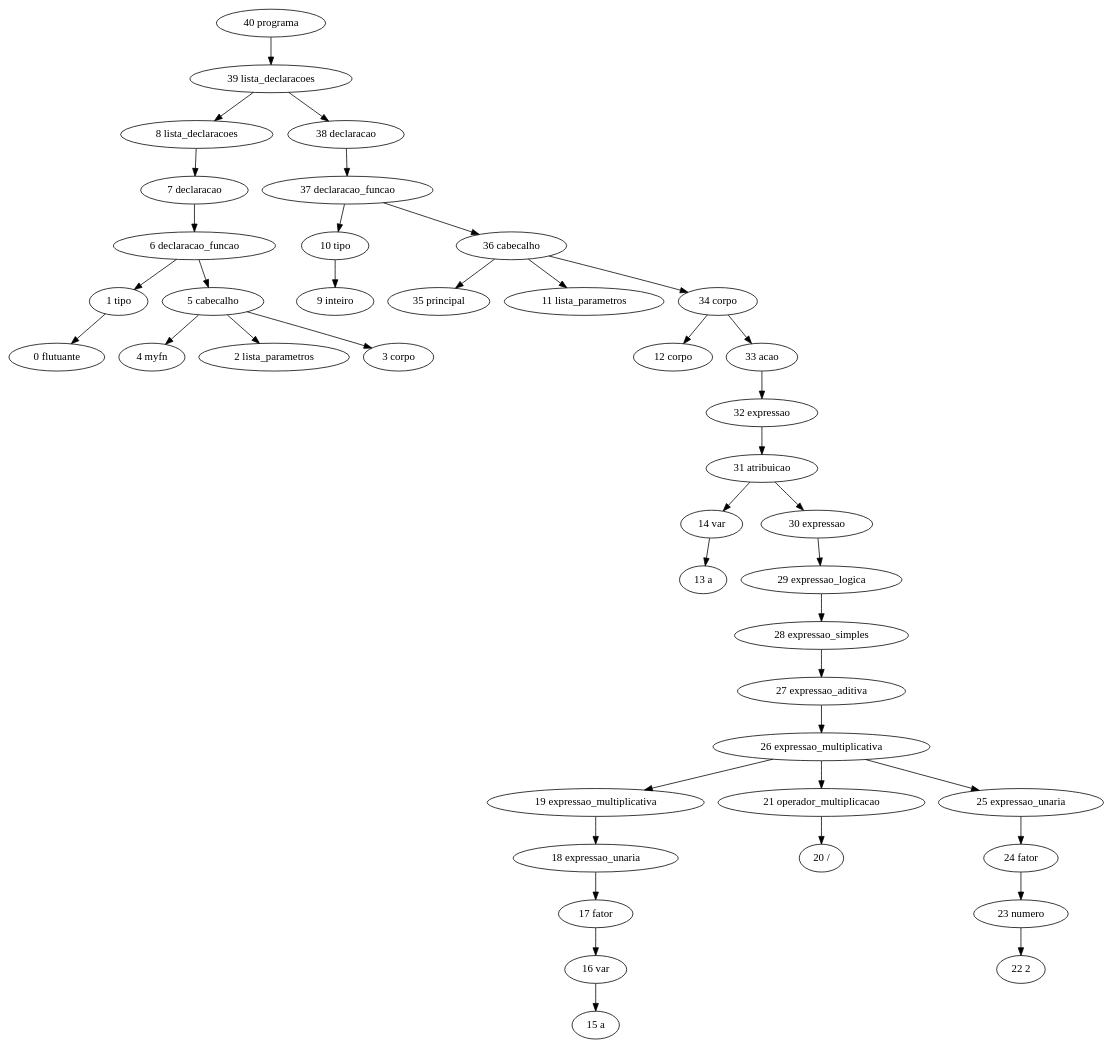
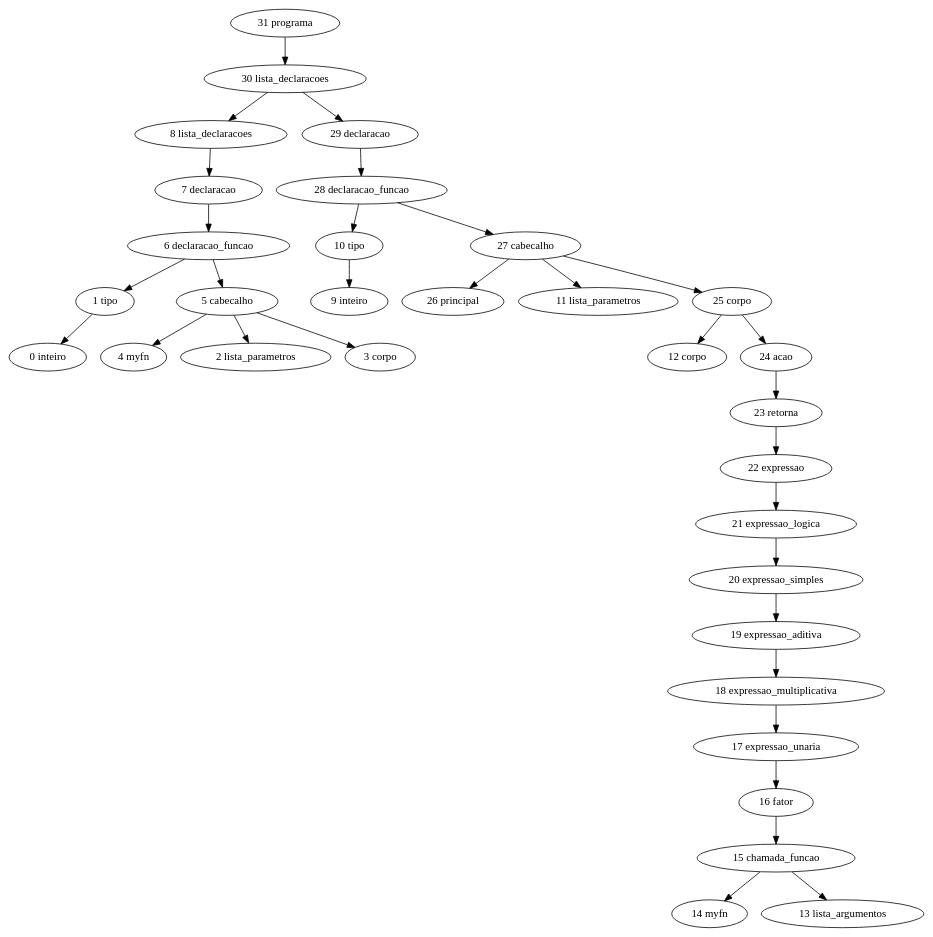
One commit to franzon/compilers changed the diagram in BCC__BCC36B__P2__Jorge_1511424/implementacao/Digraph.gv. Above: the diagram before and after it, drawn with Graphviz. The commit also changed 3 other files, not shown here.

```diff
--- a/BCC__BCC36B__P2__Jorge_1511424/implementacao/Digraph.gv
+++ b/BCC__BCC36B__P2__Jorge_1511424/implementacao/Digraph.gv
@@ -1,84 +1,66 @@
 // Análise sintática
 digraph {
-	"40 programa"
-	"39 lista_declaracoes"
-	"40 programa" -> "39 lista_declaracoes"
+	"31 programa"
+	"30 lista_declaracoes"
+	"31 programa" -> "30 lista_declaracoes"
 	"8 lista_declaracoes"
-	"39 lista_declaracoes" -> "8 lista_declaracoes"
+	"30 lista_declaracoes" -> "8 lista_declaracoes"
 	"7 declaracao"
 	"8 lista_declaracoes" -> "7 declaracao"
 	"6 declaracao_funcao"
 	"7 declaracao" -> "6 declaracao_funcao"
 	"1 tipo"
 	"6 declaracao_funcao" -> "1 tipo"
-	"0 flutuante"
-	"1 tipo" -> "0 flutuante"
+	"0 inteiro"
+	"1 tipo" -> "0 inteiro"
 	"5 cabecalho"
 	"6 declaracao_funcao" -> "5 cabecalho"
 	"4 myfn"
 	"5 cabecalho" -> "4 myfn"
 	"2 lista_parametros"
 	"5 cabecalho" -> "2 lista_parametros"
 	"3 corpo"
 	"5 cabecalho" -> "3 corpo"
-	"38 declaracao"
-	"39 lista_declaracoes" -> "38 declaracao"
-	"37 declaracao_funcao"
-	"38 declaracao" -> "37 declaracao_funcao"
+	"29 declaracao"
+	"30 lista_declaracoes" -> "29 declaracao"
+	"28 declaracao_funcao"
+	"29 declaracao" -> "28 declaracao_funcao"
 	"10 tipo"
-	"37 declaracao_funcao" -> "10 tipo"
+	"28 declaracao_funcao" -> "10 tipo"
 	"9 inteiro"
 	"10 tipo" -> "9 inteiro"
-	"36 cabecalho"
-	"37 declaracao_funcao" -> "36 cabecalho"
-	"35 principal"
-	"36 cabecalho" -> "35 principal"
+	"27 cabecalho"
+	"28 declaracao_funcao" -> "27 cabecalho"
+	"26 principal"
+	"27 cabecalho" -> "26 principal"
 	"11 lista_parametros"
-	"36 cabecalho" -> "11 lista_parametros"
-	"34 corpo"
-	"36 cabecalho" -> "34 corpo"
+	"27 cabecalho" -> "11 lista_parametros"
+	"25 corpo"
+	"27 cabecalho" -> "25 corpo"
 	"12 corpo"
-	"34 corpo" -> "12 corpo"
-	"33 acao"
-	"34 corpo" -> "33 acao"
-	"32 expressao"
-	"33 acao" -> "32 expressao"
-	"31 atribuicao"
-	"32 expressao" -> "31 atribuicao"
-	"14 var"
-	"31 atribuicao" -> "14 var"
-	"13 a"
-	"14 var" -> "13 a"
-	"30 expressao"
-	"31 atribuicao" -> "30 expressao"
-	"29 expressao_logica"
-	"30 expressao" -> "29 expressao_logica"
-	"28 expressao_simples"
-	"29 expressao_logica" -> "28 expressao_simples"
-	"27 expressao_aditiva"
-	"28 expressao_simples" -> "27 expressao_aditiva"
-	"26 expressao_multiplicativa"
-	"27 expressao_aditiva" -> "26 expressao_multiplicativa"
-	"19 expressao_multiplicativa"
-	"26 expressao_multiplicativa" -> "19 expressao_multiplicativa"
-	"18 expressao_unaria"
-	"19 expressao_multiplicativa" -> "18 expressao_unaria"
-	"17 fator"
-	"18 expressao_unaria" -> "17 fator"
-	"16 var"
-	"17 fator" -> "16 var"
-	"15 a"
-	"16 var" -> "15 a"
-	"21 operador_multiplicacao"
-	"26 expressao_multiplicativa" -> "21 operador_multiplicacao"
-	"20 /"
-	"21 operador_multiplicacao" -> "20 /"
-	"25 expressao_unaria"
-	"26 expressao_multiplicativa" -> "25 expressao_unaria"
-	"24 fator"
-	"25 expressao_unaria" -> "24 fator"
-	"23 numero"
-	"24 fator" -> "23 numero"
-	"22 2"
-	"23 numero" -> "22 2"
+	"25 corpo" -> "12 corpo"
+	"24 acao"
+	"25 corpo" -> "24 acao"
+	"23 retorna"
+	"24 acao" -> "23 retorna"
+	"22 expressao"
+	"23 retorna" -> "22 expressao"
+	"21 expressao_logica"
+	"22 expressao" -> "21 expressao_logica"
+	"20 expressao_simples"
+	"21 expressao_logica" -> "20 expressao_simples"
+	"19 expressao_aditiva"
+	"20 expressao_simples" -> "19 expressao_aditiva"
+	"18 expressao_multiplicativa"
+	"19 expressao_aditiva" -> "18 expressao_multiplicativa"
+	"17 expressao_unaria"
+	"18 expressao_multiplicativa" -> "17 expressao_unaria"
+	"16 fator"
+	"17 expressao_unaria" -> "16 fator"
+	"15 chamada_funcao"
+	"16 fator" -> "15 chamada_funcao"
+	"14 myfn"
+	"15 chamada_funcao" -> "14 myfn"
+	"13 lista_argumentos"
+	"15 chamada_funcao" -> "13 lista_argumentos"
 }
```
